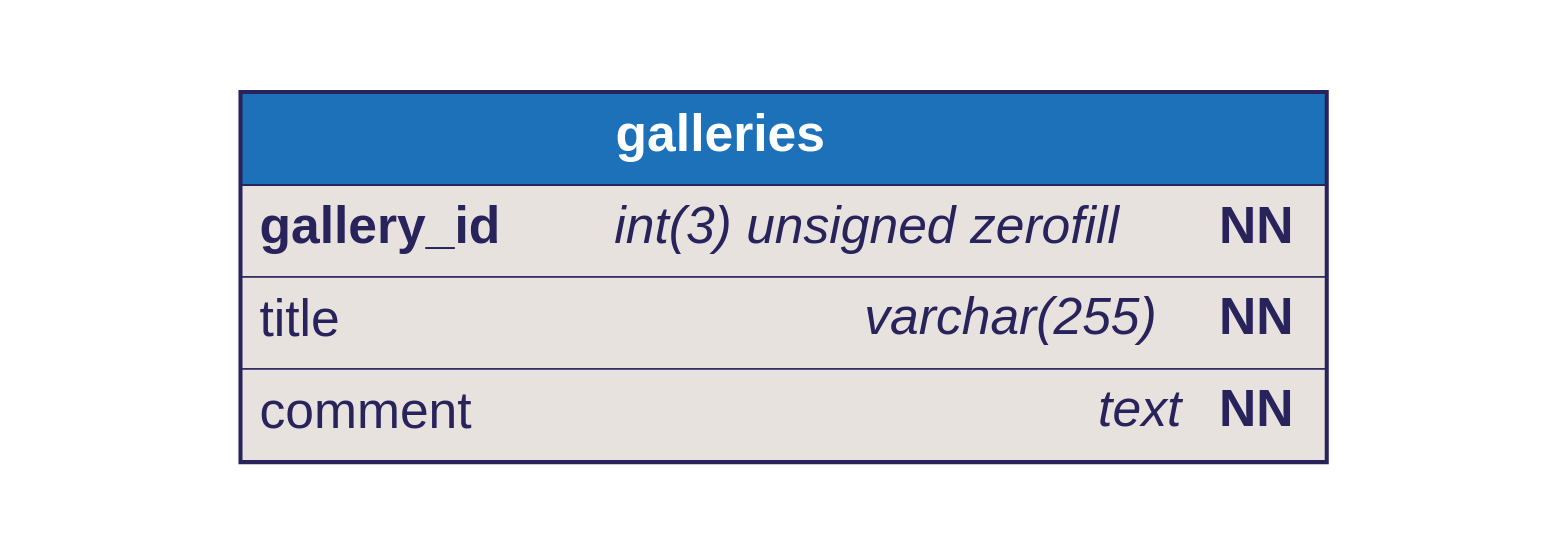
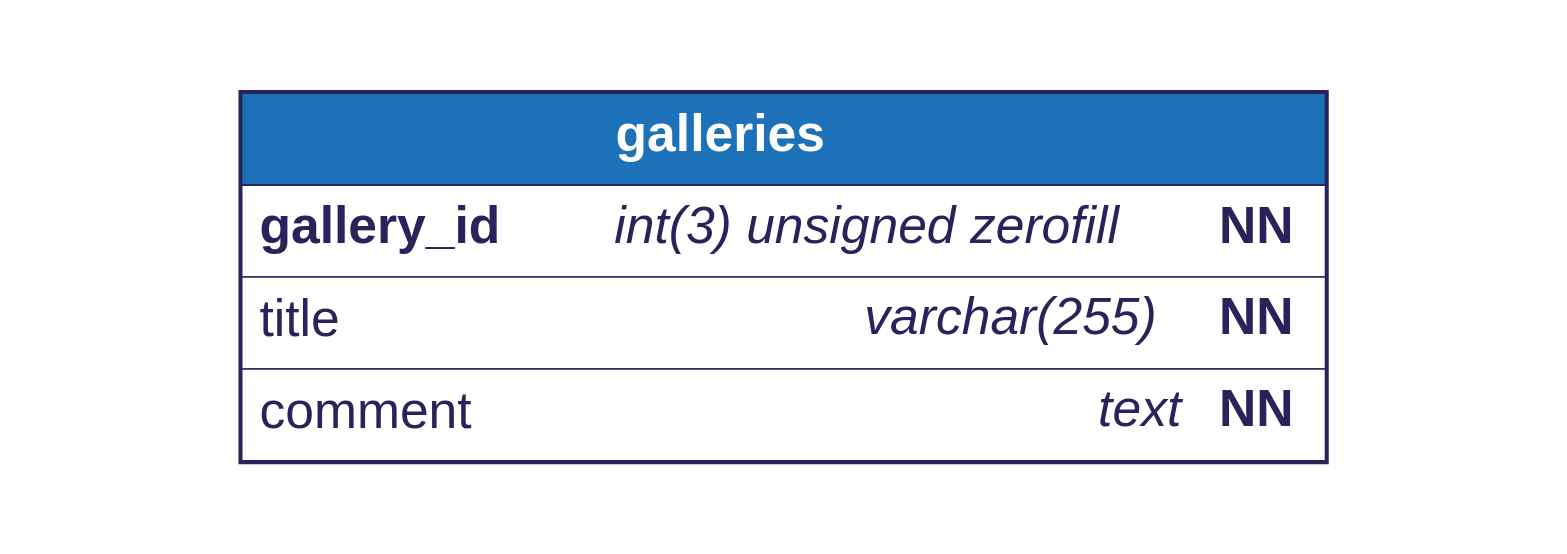
The diagram in examples/issue-12.dbml.dot (zenodinh/dbml-renderer), drawn with Graphviz before and after one commit. The commit also changed 52 other files, not shown here.

First line of the commit message:
style: white column backgrounds, clean dbdiagram.io-style theme

```diff
--- a/examples/issue-12.dbml.dot
+++ b/examples/issue-12.dbml.dot
@@ -1,38 +1,38 @@
 digraph dbml {
       rankdir=LR;
       graph [fontname="helvetica", fontsize=32, fontcolor="#29235c", bgcolor="transparent"];
       node [penwidth=0, margin=0, fontname="helvetica", fontsize=32, fontcolor="#29235c"];
       edge [fontname="helvetica", fontsize=32, fontcolor="#29235c", color="#29235c"];
 
       
       
       "galleries" [id="galleries";label=<<TABLE BORDER="2" COLOR="#29235c" CELLBORDER="1" CELLSPACING="0" CELLPADDING="10">
       <TR><TD PORT="f0" BGCOLOR="#1d71b8"><FONT COLOR="#ffffff"><B>       galleries       </B></FONT></TD></TR>
-<TR><TD ALIGN="LEFT" PORT="f1" BGCOLOR="#e7e2dd">
+<TR><TD ALIGN="LEFT" PORT="f1" BGCOLOR="#ffffff">
       <TABLE CELLPADDING="0" CELLSPACING="0" BORDER="0">
         <TR>
           <TD ALIGN="LEFT"><B>gallery_id</B>    </TD>
           <TD ALIGN="RIGHT"><FONT><I>int(3) unsigned zerofill</I> <B>NN</B></FONT></TD>
         </TR>
       </TABLE>
     </TD></TR>
-<TR><TD ALIGN="LEFT" PORT="f2" BGCOLOR="#e7e2dd">
+<TR><TD ALIGN="LEFT" PORT="f2" BGCOLOR="#ffffff">
       <TABLE CELLPADDING="0" CELLSPACING="0" BORDER="0">
         <TR>
           <TD ALIGN="LEFT">title    </TD>
           <TD ALIGN="RIGHT"><FONT><I>varchar(255)</I> <B>NN</B></FONT></TD>
         </TR>
       </TABLE>
     </TD></TR>
-<TR><TD ALIGN="LEFT" PORT="f3" BGCOLOR="#e7e2dd">
+<TR><TD ALIGN="LEFT" PORT="f3" BGCOLOR="#ffffff">
       <TABLE CELLPADDING="0" CELLSPACING="0" BORDER="0">
         <TR>
           <TD ALIGN="LEFT">comment    </TD>
           <TD ALIGN="RIGHT"><FONT><I>text</I> <B>NN</B></FONT></TD>
         </TR>
       </TABLE>
     </TD></TR>
     </TABLE>>];
       
       
     }
```
